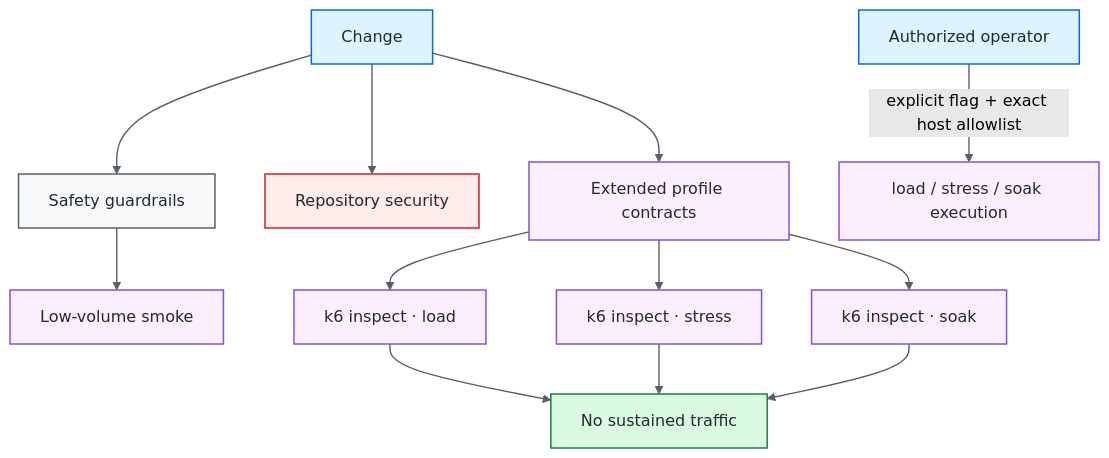
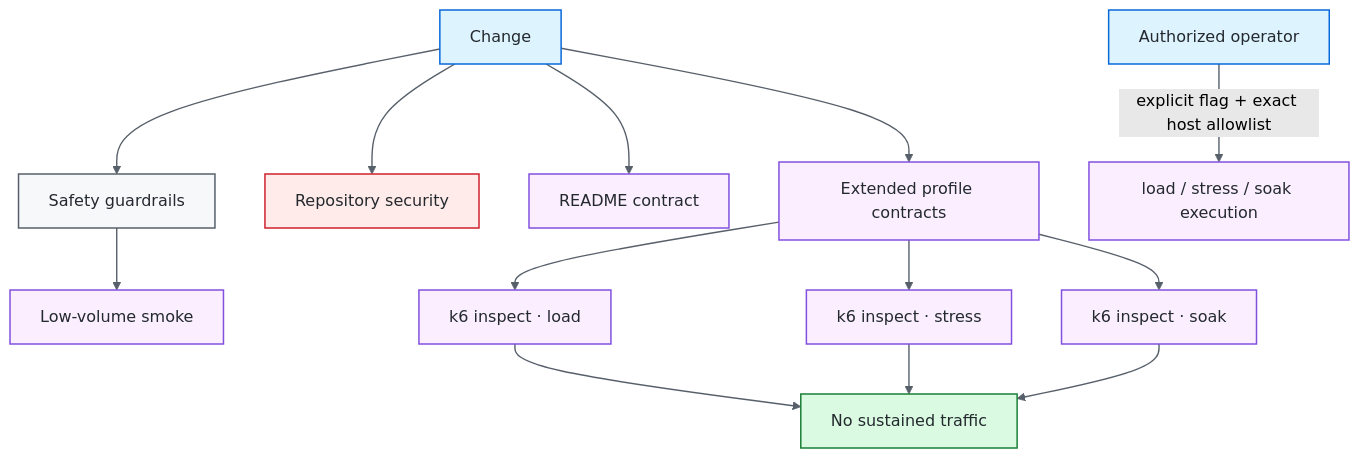
One commit to portyu9/qa-automation-load-k6 changed the first of 3 diagrams in README.md. Above: the diagram before and after it, drawn with Mermaid (forest theme). The commit also changed other lines of this file and 2 other files, not shown here.

````diff
--- a/README.md
+++ b/README.md
@@ -33,26 +36,27 @@
 ```mermaid
 flowchart TD
     CHANGE[Change] --> GUARD[Safety guardrails]
     GUARD --> SMOKE[Low-volume smoke]
     CHANGE --> SEC[Repository security]
+    CHANGE --> DOCS[README contract]
     CHANGE --> EXT[Extended profile contracts]
     EXT --> L[k6 inspect · load]
     EXT --> ST[k6 inspect · stress]
     EXT --> SO[k6 inspect · soak]
     L --> ZERO[No sustained traffic]
     ST --> ZERO
     SO --> ZERO
     OP[Authorized operator] -->|explicit flag + exact host allowlist| RUN[load / stress / soak execution]
 
     classDef entry fill:#ddf4ff,stroke:#0969da,color:#24292f,stroke-width:1.5px;
     classDef core fill:#f6f8fa,stroke:#57606a,color:#24292f,stroke-width:1.5px;
     classDef gate fill:#fbefff,stroke:#8250df,color:#24292f,stroke-width:1.5px;
     classDef evidence fill:#dafbe1,stroke:#1a7f37,color:#24292f,stroke-width:1.5px;
     classDef security fill:#ffebe9,stroke:#cf222e,color:#24292f,stroke-width:1.5px;
     class CHANGE,OP entry;
     class GUARD core;
-    class SMOKE,EXT,L,ST,SO,RUN gate;
+    class SMOKE,EXT,L,ST,SO,RUN,DOCS gate;
     class SEC security;
     class ZERO evidence;
     linkStyle default stroke:#57606a,stroke-width:1.4px;
 ```
````
